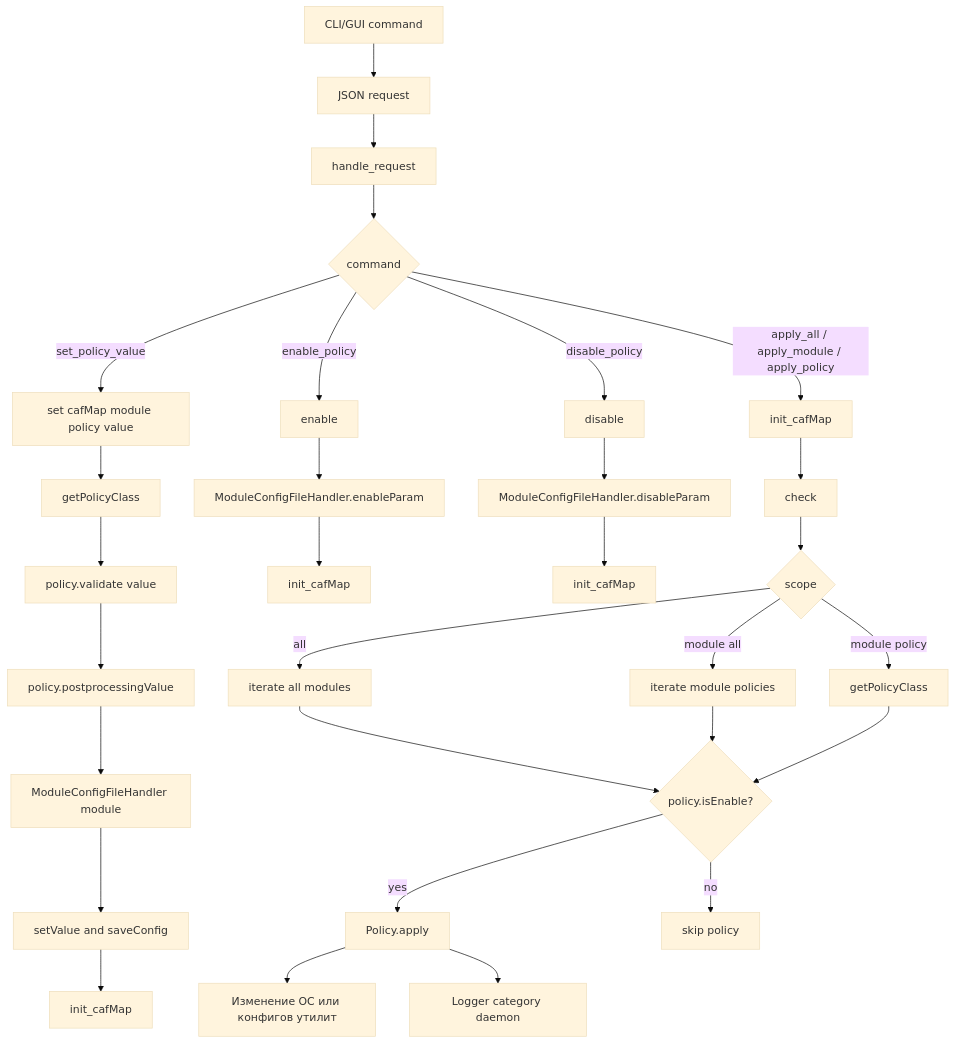
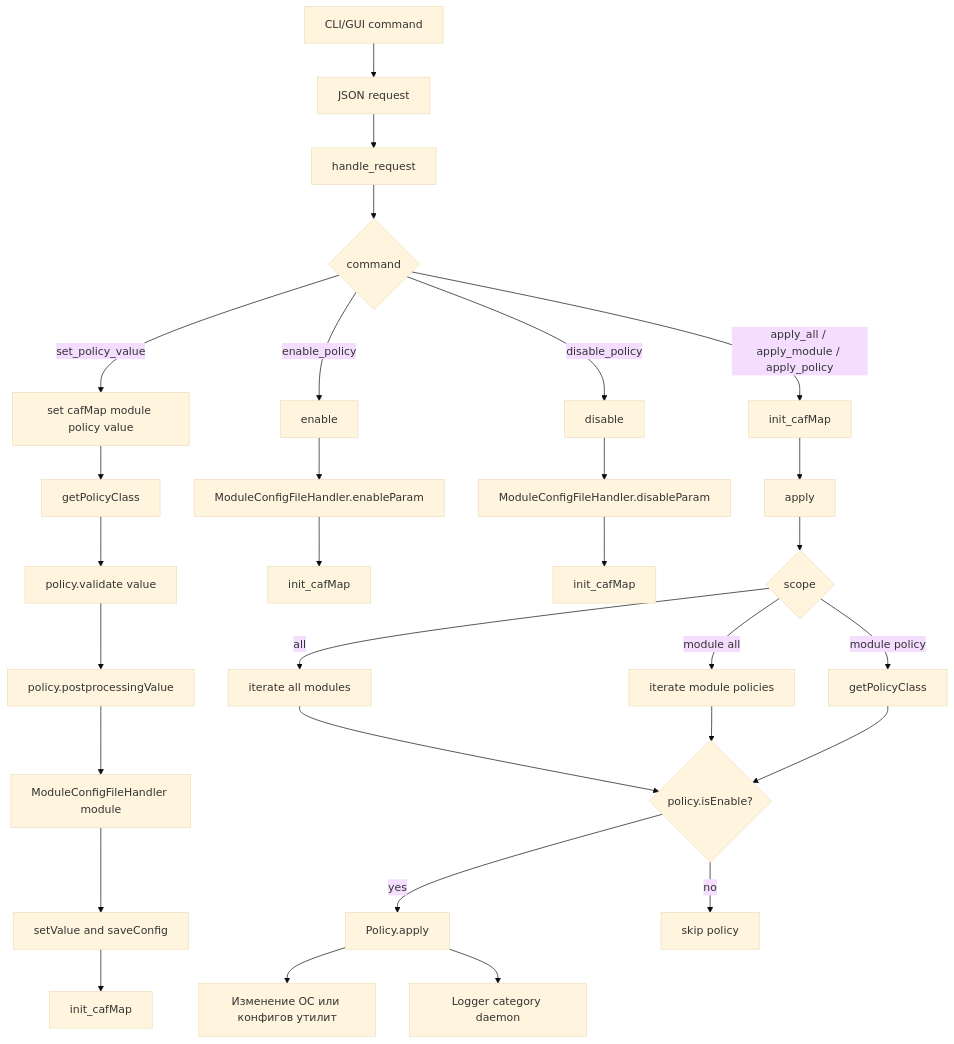
The sixth of 10 diagrams in docs/architecture-diagrams.md (RevoltStar/FIC), drawn with Mermaid (base theme) before and after one commit. The commit also changed other lines of this file and 7 other files, not shown here.

````diff
--- a/docs/architecture-diagrams.md
+++ b/docs/architecture-diagrams.md
@@ -165,37 +165,37 @@
 ```mermaid
 flowchart TD
     clientCommand[CLI/GUI command] --> json[JSON request]
     json --> router[handle_request]
 
     router --> commandType{command}
 
     commandType -->|set_policy_value| setFn[set cafMap module policy value]
     setFn --> getPolicy[getPolicyClass]
     getPolicy --> validate[policy.validate value]
     validate --> postprocess[policy.postprocessingValue]
     postprocess --> moduleConfig[ModuleConfigFileHandler module]
     moduleConfig --> saveValue[setValue and saveConfig]
     saveValue --> reloadAfterSet[init_cafMap]
 
     commandType -->|enable_policy| enableFn[enable]
     enableFn --> enableConfig[ModuleConfigFileHandler.enableParam]
     enableConfig --> reloadAfterEnable[init_cafMap]
 
     commandType -->|disable_policy| disableFn[disable]
     disableFn --> disableConfig[ModuleConfigFileHandler.disableParam]
     disableConfig --> reloadAfterDisable[init_cafMap]
 
     commandType -->|apply_all / apply_module / apply_policy| reloadBeforeApply[init_cafMap]
-    reloadBeforeApply --> check[check]
-    check --> chooseScope{scope}
+    reloadBeforeApply --> apply[apply]
+    apply --> chooseScope{scope}
     chooseScope -->|all| allModules[iterate all modules]
     chooseScope -->|module all| oneModule[iterate module policies]
     chooseScope -->|module policy| onePolicy[getPolicyClass]
     allModules --> enabledOnly{policy.isEnable?}
     oneModule --> enabledOnly
     onePolicy --> enabledOnly
     enabledOnly -->|yes| caf[Policy.apply]
     enabledOnly -->|no| skip[skip policy]
     caf --> osChange[Изменение ОС или конфигов утилит]
     caf --> log[Logger category daemon]
 ```
````
